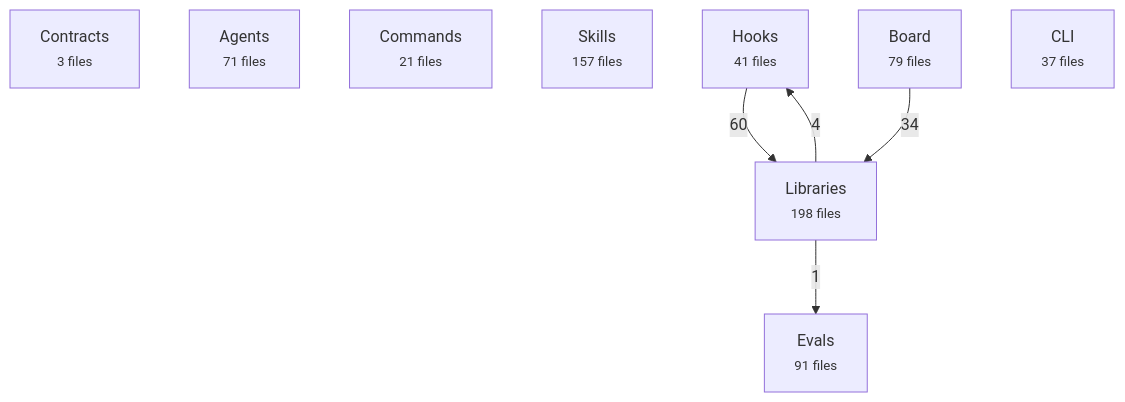
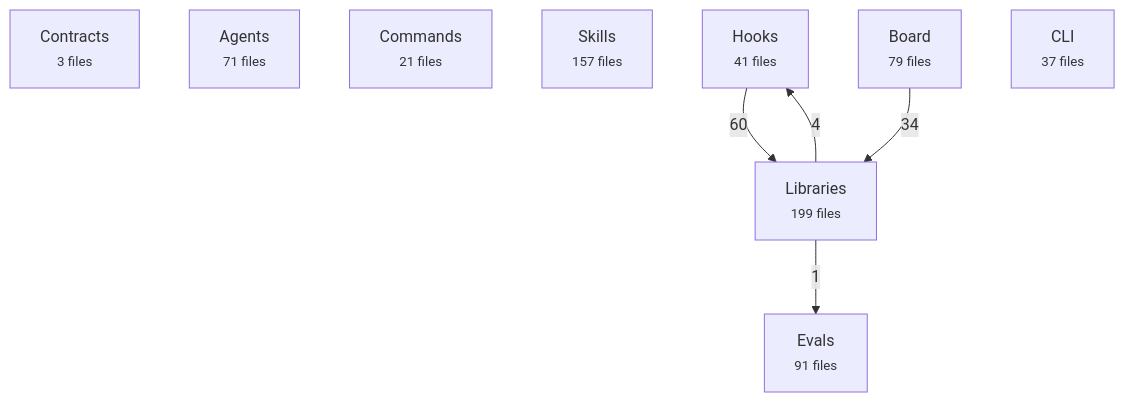
Before and after one commit to avelikiy/great_cto: the first of 2 diagrams in docs/reference/architecture-map.md, drawn with Mermaid. The commit also changed other lines of this file and 5 other files, not shown here.

````diff
--- a/docs/reference/architecture-map.md
+++ b/docs/reference/architecture-map.md
@@ -20,16 +20,16 @@
 ```mermaid
 flowchart TD
   contracts["Contracts<br/><small>3 files</small>"]
   agents["Agents<br/><small>71 files</small>"]
   commands["Commands<br/><small>21 files</small>"]
   skills["Skills<br/><small>157 files</small>"]
   hooks["Hooks<br/><small>41 files</small>"]
-  libs["Libraries<br/><small>198 files</small>"]
+  libs["Libraries<br/><small>199 files</small>"]
   board["Board<br/><small>79 files</small>"]
   cli["CLI<br/><small>37 files</small>"]
   evals["Evals<br/><small>91 files</small>"]
   hooks -->|60| libs
   board -->|34| libs
   libs -->|4| hooks
   libs -->|1| evals
 ```
````
